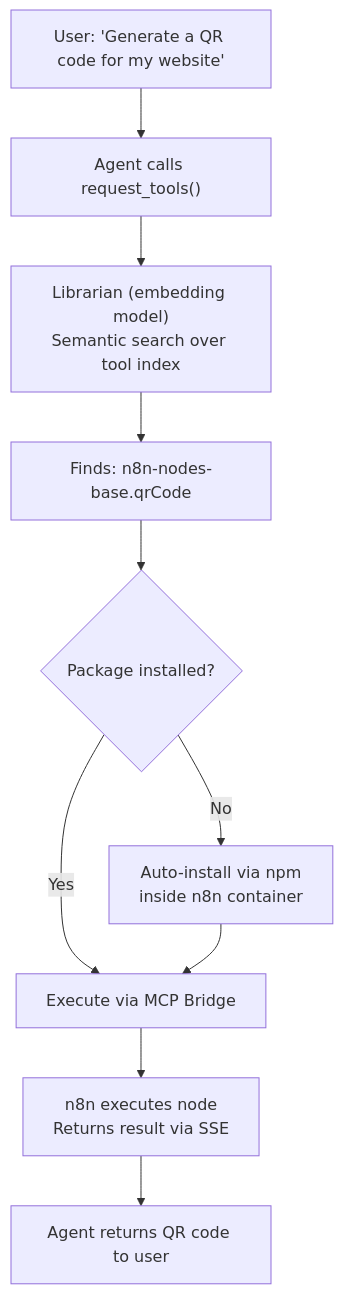
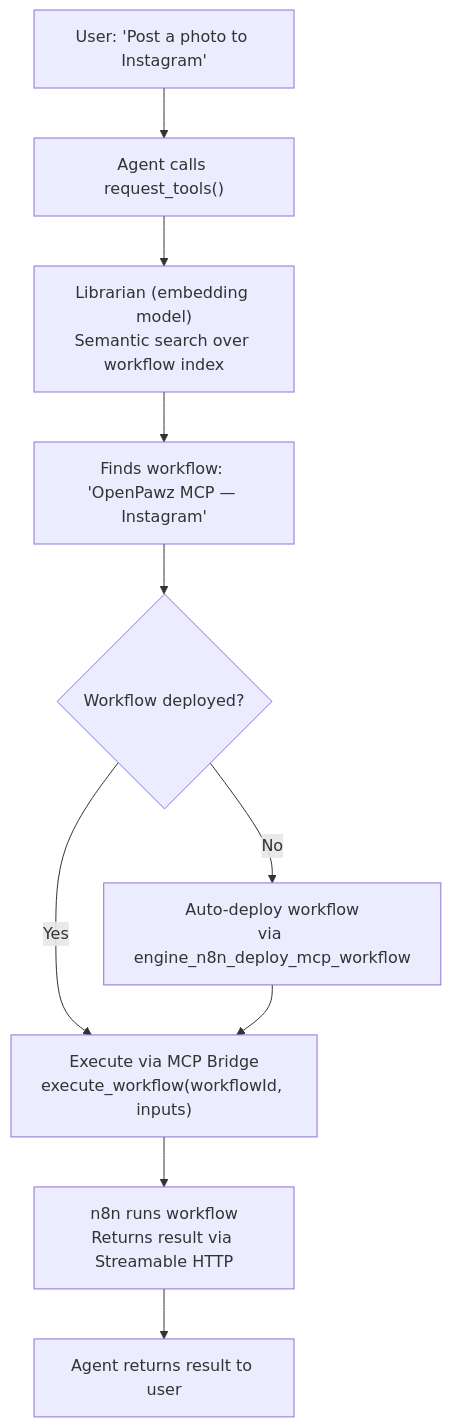
Before and after one commit to OpenPawz/openpawz: the first of 2 diagrams in guides/mcp-bridge.mdx, drawn with Mermaid. The commit also changed other lines of this file and 18 other files, not shown here.

First line of the commit message:
Update architecture for workflow-level MCP (not individual node tools)

````diff
--- a/guides/mcp-bridge.mdx
+++ b/guides/mcp-bridge.mdx
@@ -19,12 +19,12 @@
 ```mermaid actions={false}
 graph TD
-    A["User: 'Generate a QR code for my website'"] --> B["Agent calls request_tools()"]
-    B --> C["Librarian (embedding model)\nSemantic search over tool index"]
-    C --> D["Finds: n8n-nodes-base.qrCode"]
-    D --> E{"Package installed?"}
-    E -->|No| F["Auto-install via npm\ninside n8n container"]
-    E -->|Yes| G["Execute via MCP Bridge"]
+    A["User: 'Post a photo to Instagram'"] --> B["Agent calls request_tools()"]
+    B --> C["Librarian (embedding model)\nSemantic search over workflow index"]
+    C --> D["Finds workflow: 'OpenPawz MCP — Instagram'"]
+    D --> E{"Workflow deployed?"}
+    E -->|No| F["Auto-deploy workflow\nvia engine_n8n_deploy_mcp_workflow"]
+    E -->|Yes| G["Execute via MCP Bridge\nexecute_workflow(workflowId, inputs)"]
     F --> G
-    G --> H["n8n executes node\nReturns result via SSE"]
-    H --> I["Agent returns QR code to user"]
+    G --> H["n8n runs workflow\nReturns result via Streamable HTTP"]
+    H --> I["Agent returns result to user"]
 ```
````
